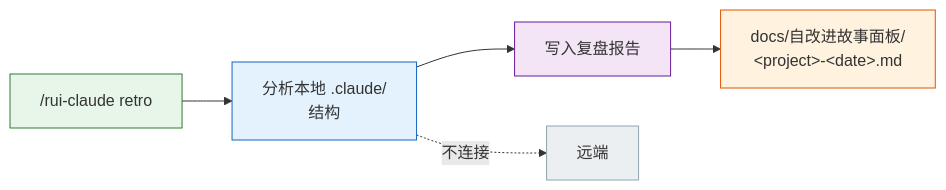
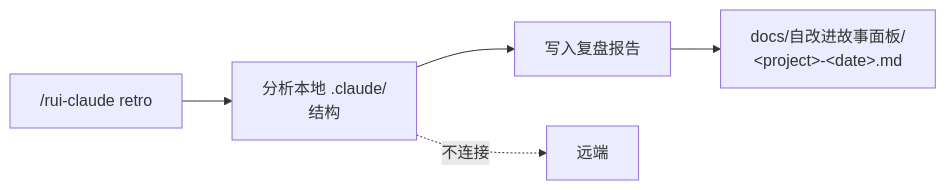
Before and after one commit to effiy/YrY: the fourth of 8 diagrams in rules/rui-claude.md, drawn with Mermaid. The commit also changed other lines of this file and 61 other files, not shown here.

````diff
--- a/rules/rui-claude.md
+++ b/rules/rui-claude.md
@@ -100,14 +89,9 @@
 ```mermaid
 flowchart LR
     TRIGGER["/rui-claude retro"]:::src --> ANALYZE["分析本地 .claude/<br/>结构"]:::op
     ANALYZE --> WRITE["写入复盘报告"]:::out
     WRITE --> PATH["docs/自改进故事面板/<br/>&lt;project&gt;-&lt;date&gt;.md"]:::file
 
     ANALYZE -.->|"不连接"| REMOTE["远端"]:::no
 
-    classDef src fill:#e8f5e9,stroke:#2e7d32;
-    classDef op fill:#e3f2fd,stroke:#1565c0;
-    classDef out fill:#f3e5f5,stroke:#6a1b9a;
-    classDef file fill:#fff3e0,stroke:#e65100;
-    classDef no fill:#eceff1,stroke:#90a4ae;
 ```
````
